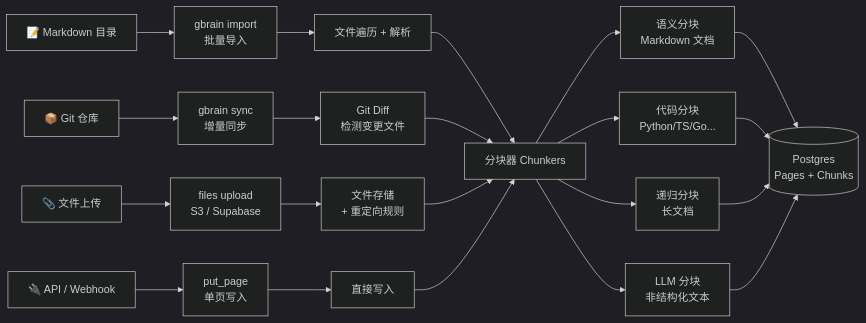
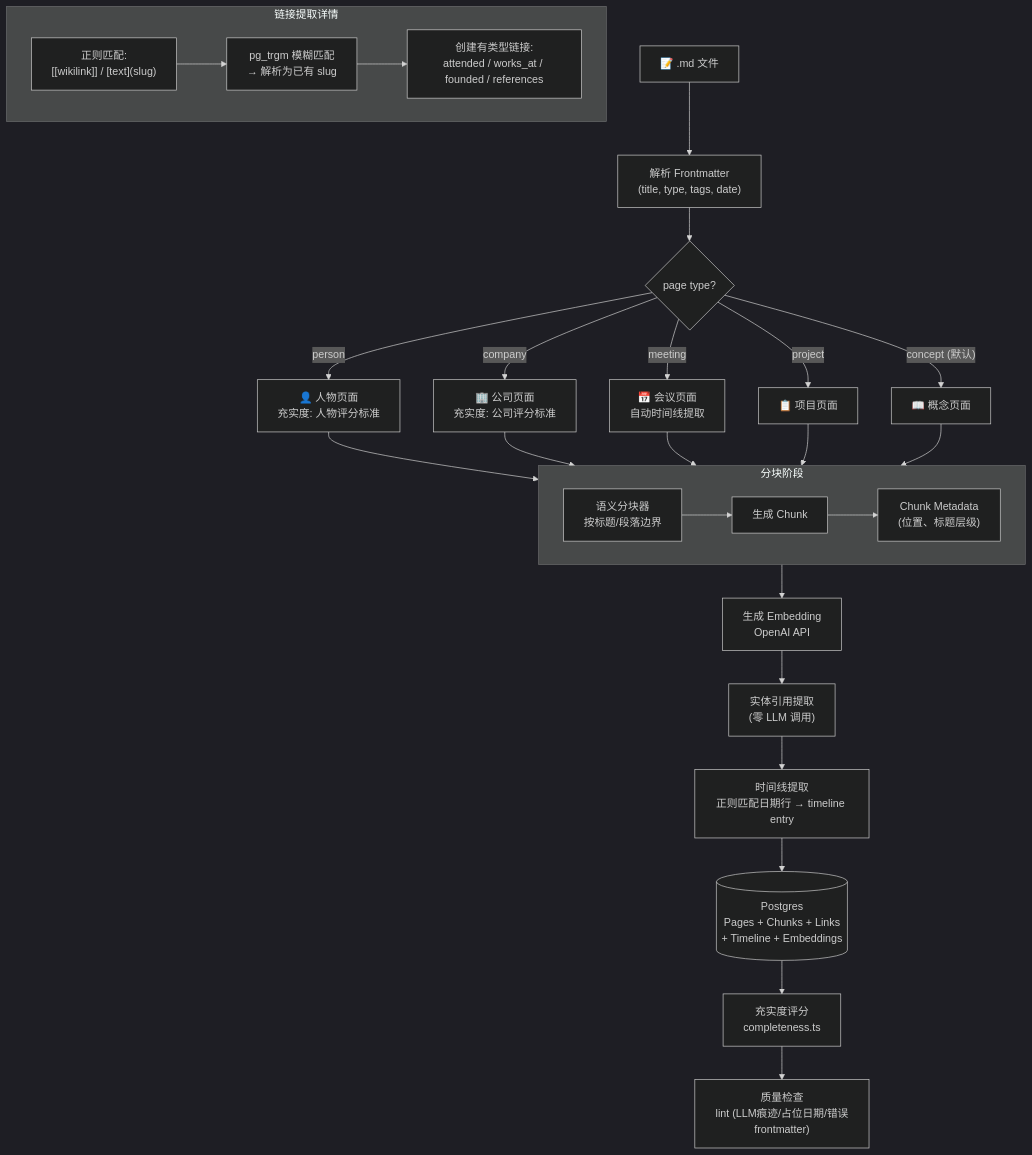
One commit to bohuju/gbrain changed the sixth of 16 diagrams in docs/superpowers/results/2026-05-10-gbrain-project-overview-ppt.md. Above: the diagram before and after it, drawn with Mermaid (dark theme). The commit also changed other lines of this file, not shown here.

Commit message:
docs: detailed file-type routing flowcharts — 5 channels (md/code/data/doc/media) with full processing details

````diff
--- a/docs/superpowers/results/2026-05-10-gbrain-project-overview-ppt.md
+++ b/docs/superpowers/results/2026-05-10-gbrain-project-overview-ppt.md
@@ -371,27 +394,37 @@
 ```mermaid
-flowchart LR
-    A1["📝 Markdown 目录"] --> B1["gbrain import\n批量导入"]
-    A2["📦 Git 仓库"] --> B2["gbrain sync\n增量同步"]
-    A3["📎 文件上传"] --> B3["files upload\nS3 / Supabase"]
-    A4["🔌 API / Webhook"] --> B4["put_page\n单页写入"]
+flowchart TB
+    MD_IN["📝 .md 文件"] --> FM["解析 Frontmatter\n(title, type, tags, date)"]
 
-    B1 --> C1["文件遍历 + 解析"]
-    B2 --> C2["Git Diff\n检测变更文件"]
-    B3 --> C3["文件存储\n+ 重定向规则"]
-    B4 --> C4["直接写入"]
+    FM --> TYPE{"page type?"}
 
-    C1 --> D["分块器 Chunkers"]
-    C2 --> D
-    C3 --> D
-    C4 --> D
+    TYPE -- "person" --> PERSON["👤 人物页面\n充实度: 人物评分标准"]
+    TYPE -- "company" --> COMPANY["🏢 公司页面\n充实度: 公司评分标准"]
+    TYPE -- "meeting" --> MEETING["📅 会议页面\n自动时间线提取"]
+    TYPE -- "project" --> PROJECT["📋 项目页面"]
+    TYPE -- "concept (默认)" --> CONCEPT["📖 概念页面"]
 
-    D --> E1["语义分块\nMarkdown 文档"]
-    D --> E2["代码分块\nPython/TS/Go..."]
-    D --> E3["递归分块\n长文档"]
-    D --> E4["LLM 分块\n非结构化文本"]
+    PERSON --> CHUNK
+    COMPANY --> CHUNK
+    MEETING --> CHUNK
+    PROJECT --> CHUNK
+    CONCEPT --> CHUNK
 
-    E1 --> F[("Postgres\nPages + Chunks")]
-    E2 --> F
-    E3 --> F
-    E4 --> F
+    subgraph CHUNK["分块阶段"]
+        C1["语义分块器\n按标题/段落边界"] --> C2["生成 Chunk"]
+        C2 --> C3["Chunk Metadata\n(位置、标题层级)"]
+    end
+
+    CHUNK --> EMBED["生成 Embedding\nOpenAI API"]
+    EMBED --> EXTRACT_LINKS["实体引用提取\n(零 LLM 调用)"]
+
+    subgraph LINKS["链接提取详情"]
+        L1["正则匹配:\n[[wikilink]] / [text](slug)"] --> L2["pg_trgm 模糊匹配\n→ 解析为已有 slug"]
+        L2 --> L3["创建有类型链接:\nattended / works_at / founded / references"]
+    end
+
+    EXTRACT_LINKS --> TL["时间线提取\n正则匹配日期行 → timeline entry"]
+    TL --> STORE_MD[("Postgres\nPages + Chunks + Links\n+ Timeline + Embeddings")]
+
+    STORE_MD --> ENRICH["充实度评分\ncompleteness.ts"]
+    ENRICH --> LINT["质量检查\nlint (LLM痕迹/占位日期/错误frontmatter)"]
 ```
````
